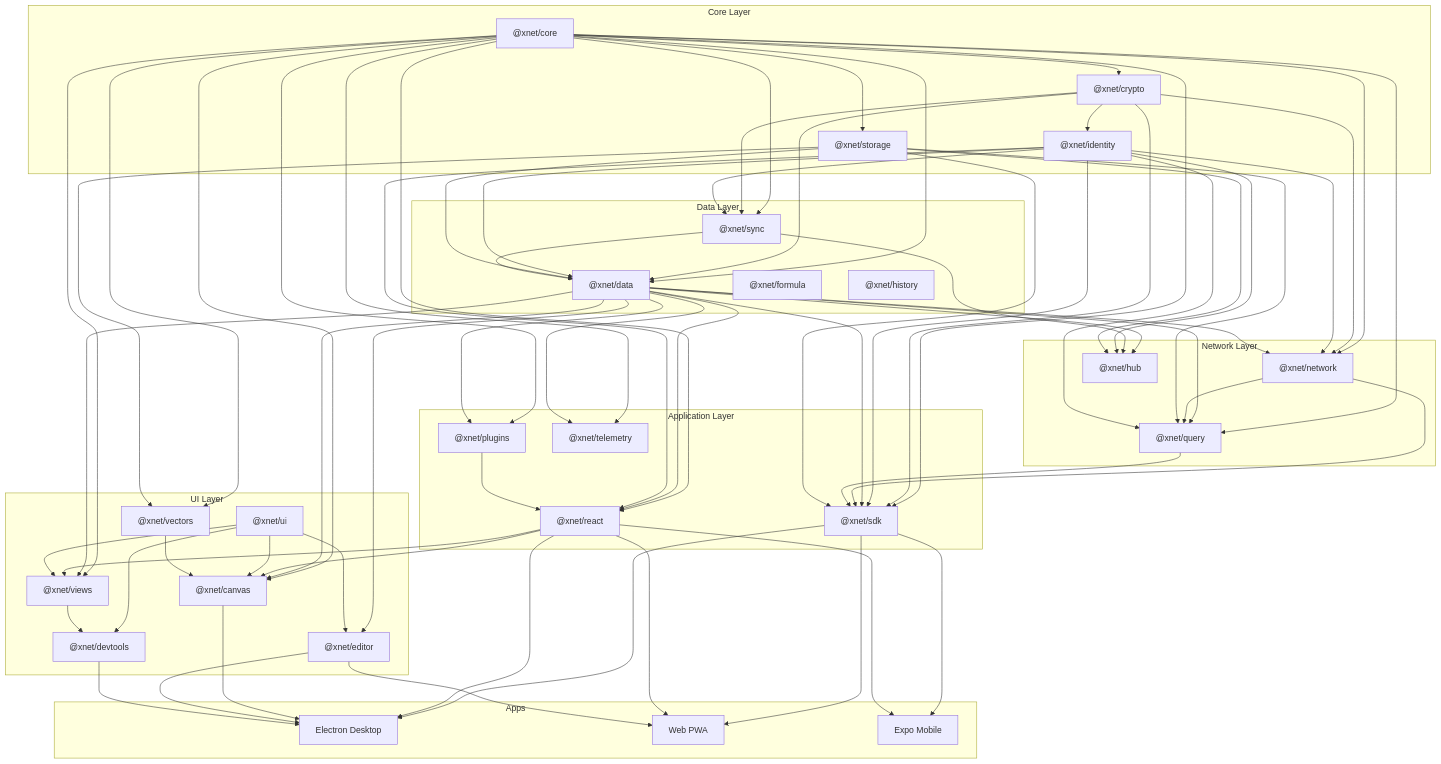
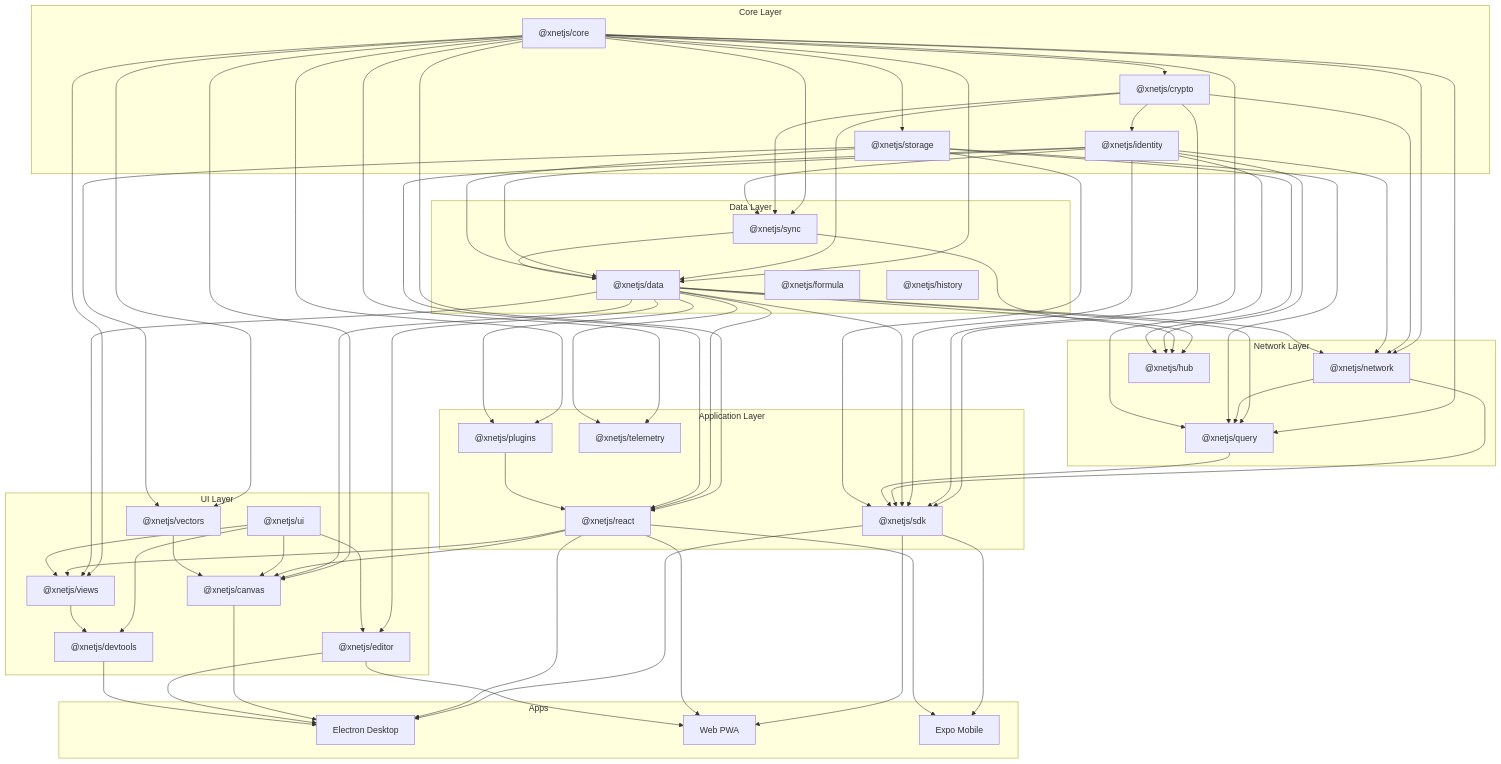
One commit to crs48/xNet changed the diagram in docs/reviews/2026-02-06/README.md. Above: the diagram before and after it, drawn with Mermaid. The commit also changed other lines of this file and 980 other files, not shown here.

````diff
--- a/docs/reviews/2026-02-06/README.md
+++ b/docs/reviews/2026-02-06/README.md
@@ -65,39 +65,39 @@
 ```mermaid
 graph TD
     subgraph "Core Layer"
-        core["@xnet/core"]
-        crypto["@xnet/crypto"]
-        identity["@xnet/identity"]
-        storage["@xnet/storage"]
+        core["@xnetjs/core"]
+        crypto["@xnetjs/crypto"]
+        identity["@xnetjs/identity"]
+        storage["@xnetjs/storage"]
     end
 
     subgraph "Data Layer"
-        sync["@xnet/sync"]
-        data["@xnet/data"]
-        formula["@xnet/formula"]
-        history["@xnet/history"]
+        sync["@xnetjs/sync"]
+        data["@xnetjs/data"]
+        formula["@xnetjs/formula"]
+        history["@xnetjs/history"]
     end
 
     subgraph "Network Layer"
-        network["@xnet/network"]
-        query["@xnet/query"]
-        hub["@xnet/hub"]
+        network["@xnetjs/network"]
+        query["@xnetjs/query"]
+        hub["@xnetjs/hub"]
     end
 
     subgraph "Application Layer"
-        sdk["@xnet/sdk"]
-        plugins["@xnet/plugins"]
-        react["@xnet/react"]
-        telemetry["@xnet/telemetry"]
+        sdk["@xnetjs/sdk"]
+        plugins["@xnetjs/plugins"]
+        react["@xnetjs/react"]
+        telemetry["@xnetjs/telemetry"]
     end
 
     subgraph "UI Layer"
-        ui["@xnet/ui"]
-        views["@xnet/views"]
-        canvas["@xnet/canvas"]
-        editor["@xnet/editor"]
-        devtools["@xnet/devtools"]
-        vectors["@xnet/vectors"]
+        ui["@xnetjs/ui"]
+        views["@xnetjs/views"]
+        canvas["@xnetjs/canvas"]
+        editor["@xnetjs/editor"]
+        devtools["@xnetjs/devtools"]
+        vectors["@xnetjs/vectors"]
     end
 
     subgraph "Apps"
````
